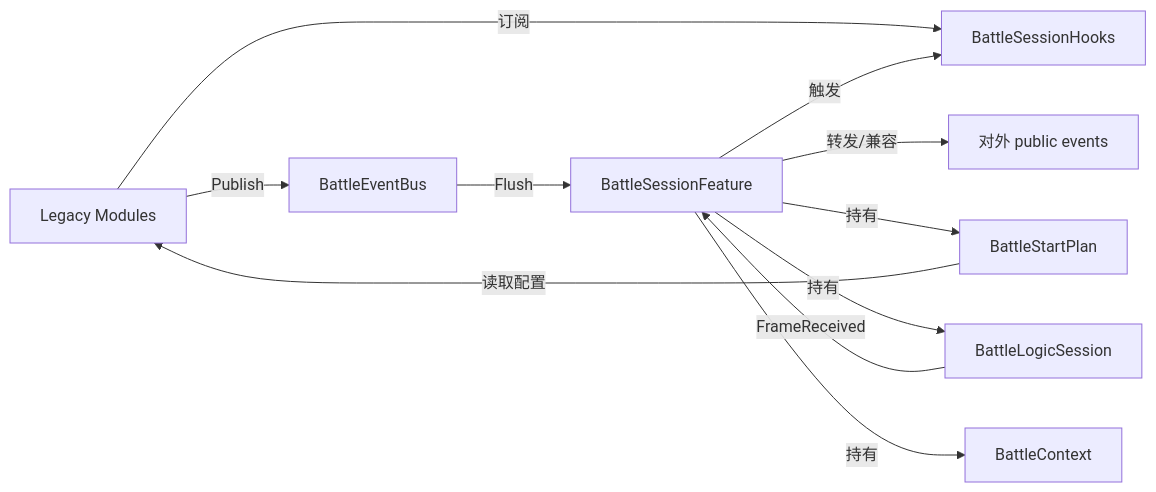
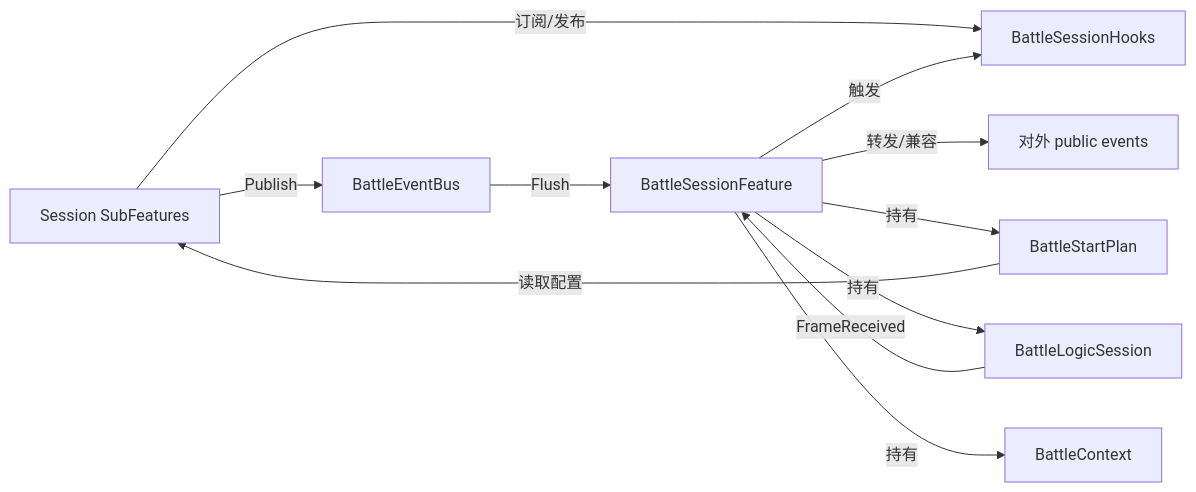
The fourth of 4 diagrams in Unity/Packages/com.abilitykit.demo.moba.view.runtime/Document/BattleFlowDesign.md (HOBOBO/AbilityKit), drawn with Mermaid before and after one commit. The commit also changed other lines of this file and 148 other files, not shown here.

````diff
--- a/Unity/Packages/com.abilitykit.demo.moba.view.runtime/Document/BattleFlowDesign.md
+++ b/Unity/Packages/com.abilitykit.demo.moba.view.runtime/Document/BattleFlowDesign.md
@@ -335,17 +319,17 @@
 ```mermaid
 flowchart LR
-  Legacy[Legacy Modules] -->|订阅| Hooks[BattleSessionHooks]
+  Sub[Session SubFeatures] -->|订阅/发布| Hooks[BattleSessionHooks]
   Sess[BattleSessionFeature] -->|触发| Hooks
 
-  Legacy -->|Publish| Bus[BattleEventBus]
+  Sub -->|Publish| Bus[BattleEventBus]
   Bus -->|Flush| Sess
 
   Sess -->|转发/兼容| PubEvents[对外 public events]
 
   Sess -->|持有| Plan[BattleStartPlan]
   Sess -->|持有| Session[BattleLogicSession]
   Sess -->|持有| Ctx[BattleContext]
 
-  Plan -->|读取配置| Legacy
+  Plan -->|读取配置| Sub
   Session -->|FrameReceived| Sess
 ```
````
